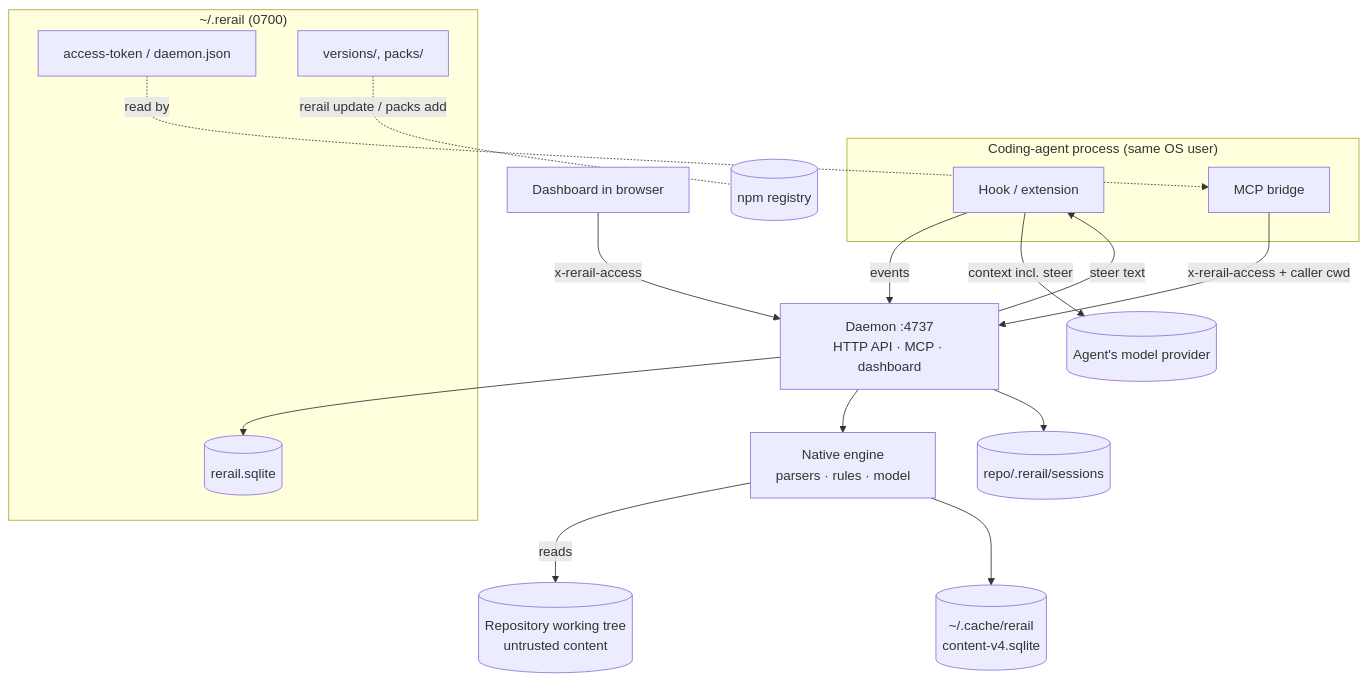
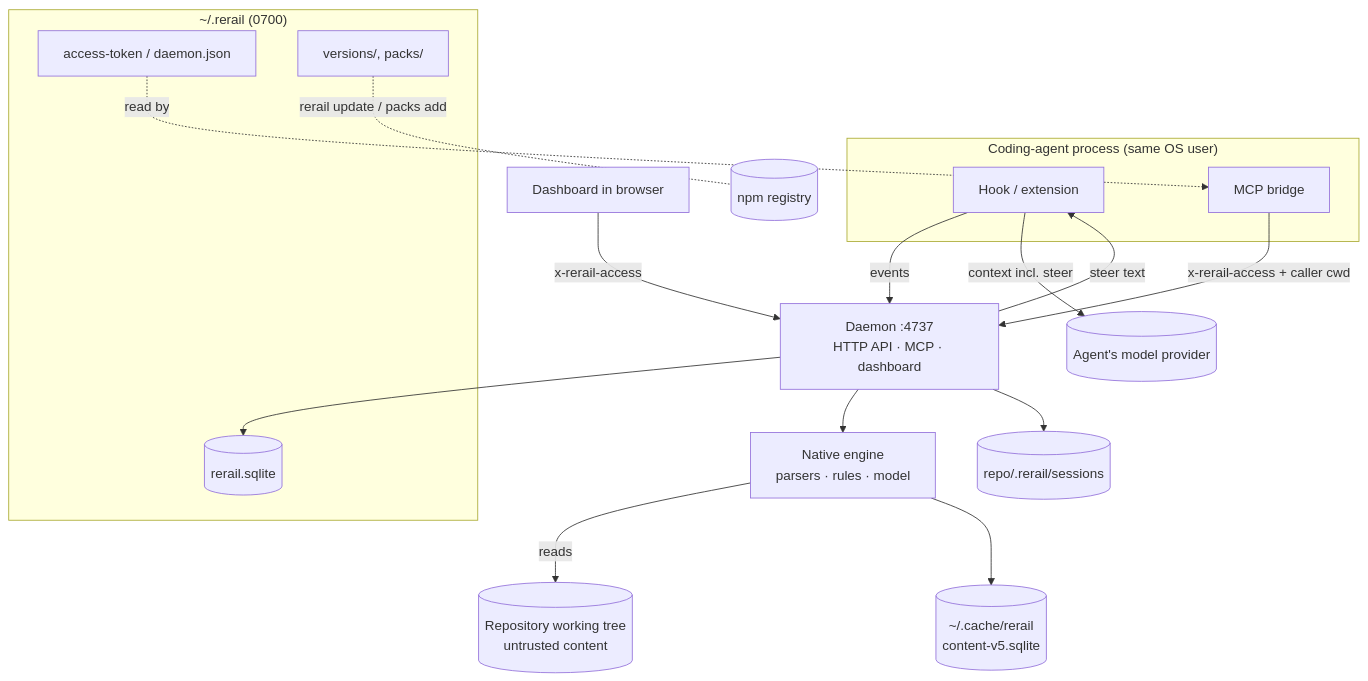
Before and after one commit to neralabs/rerail: the diagram in docs/threat-model.md, drawn with Mermaid. The commit also changed other lines of this file and 22 other files, not shown here.

````diff
--- a/docs/threat-model.md
+++ b/docs/threat-model.md
@@ -22,33 +22,33 @@
 ```mermaid
 flowchart TD
   subgraph Agent["Coding-agent process (same OS user)"]
     H[Hook / extension]
     B[MCP bridge]
   end
   Repo[(Repository working tree<br/>untrusted content)]
   subgraph Home["~/.rerail (0700)"]
     DB[(rerail.sqlite)]
     Tok[access-token / daemon.json]
     Ver[versions/, packs/]
   end
-  Cache[(~/.cache/rerail<br/>content-v4.sqlite)]
+  Cache[(~/.cache/rerail<br/>content-v5.sqlite)]
   Ledger[(repo/.rerail/sessions)]
   D[Daemon :4737<br/>HTTP API · MCP · dashboard]
   E[Native engine<br/>parsers · rules · model]
   Browser[Dashboard in browser]
   NPM[(npm registry)]
   Provider[(Agent's model provider)]
 
   H -- events --> D
   B -- x-rerail-access + caller cwd --> D
   Browser -- x-rerail-access --> D
   D --> E
   E -- reads --> Repo
   D --> DB
   D --> Ledger
   E --> Cache
   D -- steer text --> H
   H -- context incl. steer --> Provider
   Ver -. rerail update / packs add .- NPM
   Tok -. read by .-> B
 ```
````
